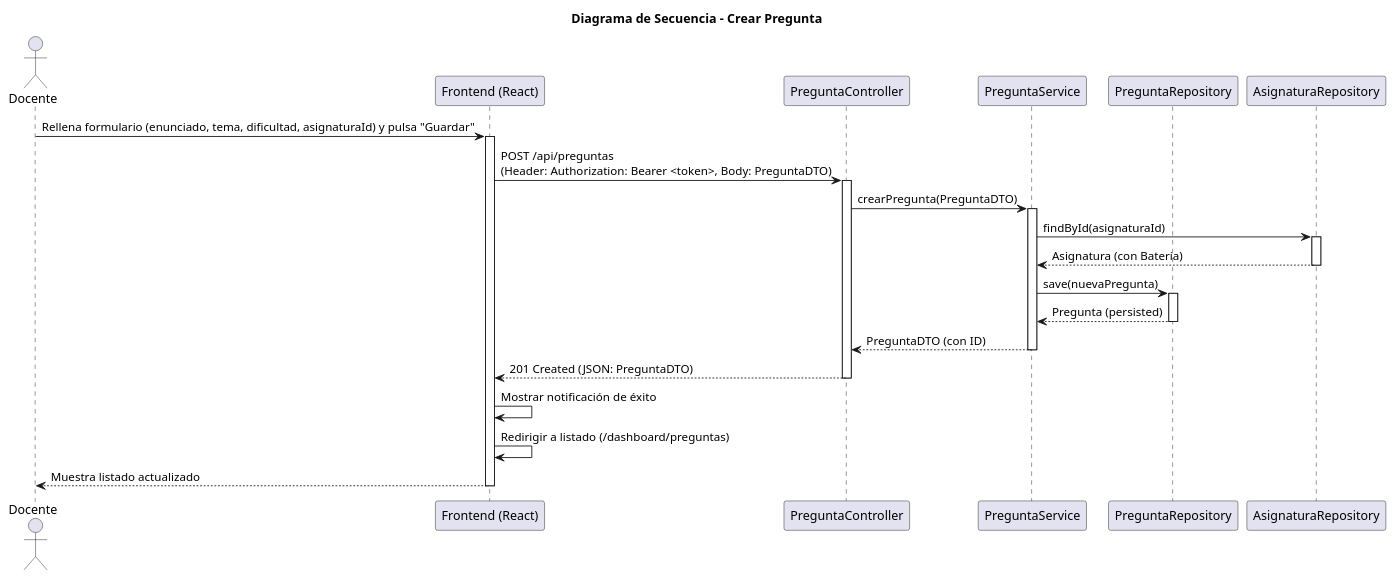
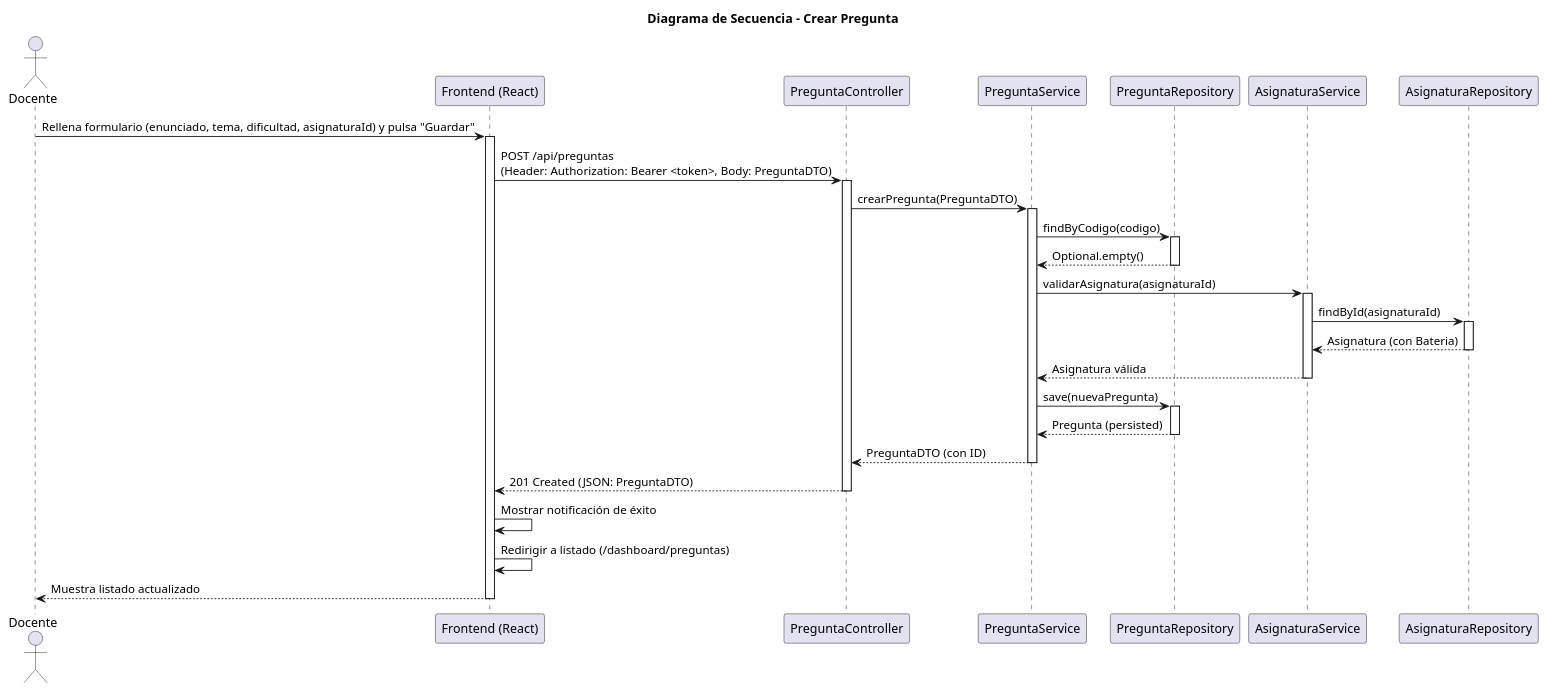
The diagram in modelosUML/diseño/crearPregunta/secuencia.puml (Pareyor/25-26-idsw2-sdVC), drawn with PlantUML before and after one commit. The commit also changed 2 other files, not shown here.

Commit message:
fix: Corrige crearPregunta para añadir AsignaturaService antes de AsignaturaRepository

```diff
--- a/modelosUML/diseño/crearPregunta/secuencia.puml
+++ b/modelosUML/diseño/crearPregunta/secuencia.puml
@@ -1,41 +1,51 @@
 @startuml
 title Diagrama de Secuencia - Crear Pregunta
 
 actor "Docente" as Actor
 participant "Frontend (React)" as FE
 participant "PreguntaController" as Controller
 participant "PreguntaService" as Service
 participant "PreguntaRepository" as Repo
-participant "AsignaturaRepository" as AsignaturaRepo
+participant "AsignaturaService" as AsigService
+participant "AsignaturaRepository" as AsigRepo
 
 Actor -> FE: Rellena formulario (enunciado, tema, dificultad, asignaturaId) y pulsa "Guardar"
 activate FE
 
 FE -> Controller: POST /api/preguntas\n(Header: Authorization: Bearer <token>, Body: PreguntaDTO)
 activate Controller
 
 Controller -> Service: crearPregunta(PreguntaDTO)
 activate Service
 
-Service -> AsignaturaRepo: findById(asignaturaId)
-activate AsignaturaRepo
-AsignaturaRepo --> Service: Asignatura (con Bateria)
-deactivate AsignaturaRepo
+Service -> Repo: findByCodigo(codigo)
+activate Repo
+Repo --> Service: Optional.empty()
+deactivate Repo
+
+Service -> AsigService: validarAsignatura(asignaturaId)
+activate AsigService
+AsigService -> AsigRepo: findById(asignaturaId)
+activate AsigRepo
+AsigRepo --> AsigService: Asignatura (con Bateria)
+deactivate AsigRepo
+AsigService --> Service: Asignatura válida
+deactivate AsigService
 
 Service -> Repo: save(nuevaPregunta)
 activate Repo
 Repo --> Service: Pregunta (persisted)
 deactivate Repo
 
 Service --> Controller: PreguntaDTO (con ID)
 deactivate Service
 
 Controller --> FE: 201 Created (JSON: PreguntaDTO)
 deactivate Controller
 
 FE -> FE: Mostrar notificación de éxito
 FE -> FE: Redirigir a listado (/dashboard/preguntas)
 FE --> Actor: Muestra listado actualizado
 deactivate FE
 
 @enduml
```
